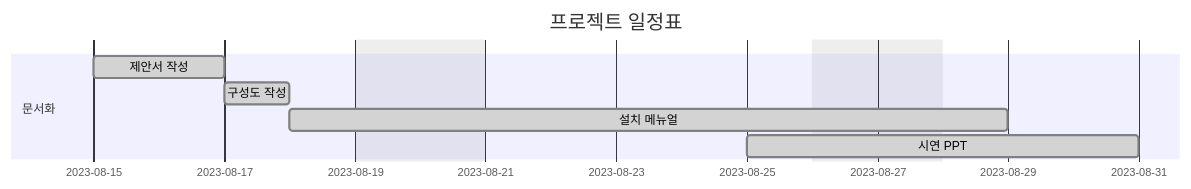
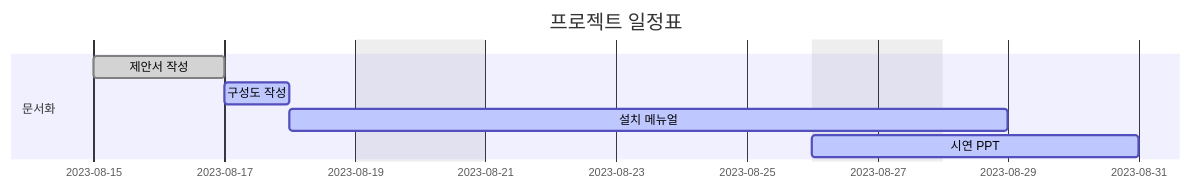
One commit to LOFL404/project1 changed the diagram in README.md. Above: the diagram before and after it, drawn with Mermaid.

````diff
--- a/README.md
+++ b/README.md
@@ -1,16 +1,16 @@
 ```mermaid
 gantt
     dateFormat  YYYY-MM-DD
     axisFormat  %Y-%m-%d
     title       프로젝트 일정표
     excludes    weekends saturday,sunday
     
     section 문서화
     제안서 작성     :done,    a, 2023-08-15, 2d
-    구성도 작성     :done,    b, 2023-08-17, 1d
-    설치 메뉴얼     :done,  c, 2023-08-18, 7d
-    시연 PPT        :done,  d, 2023-08-25, 4d
+    구성도 작성     :active,    b, 2023-08-17, 1d
+    설치 메뉴얼     :active,    c, 2023-08-18, 7d
+    시연 PPT        :active,    d, 2023-08-26, 4d
 
     section 구현
     
 ```
````
